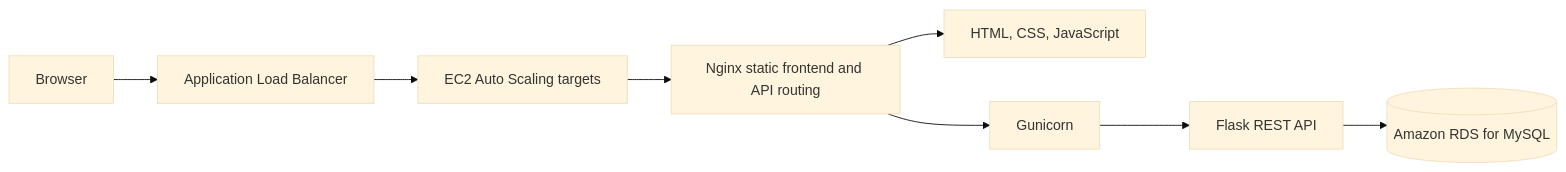
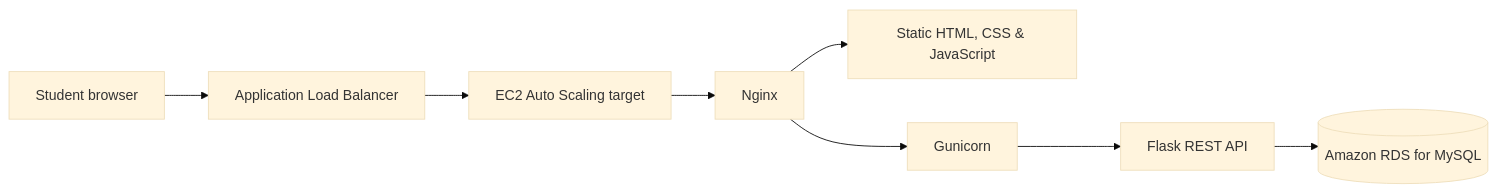
The diagram in README.md (hemanthg-10/student-task-manager-aws), drawn with Mermaid (base theme) before and after one commit. The commit also changed other lines of this file and 4 other files, not shown here.

````diff
--- a/README.md
+++ b/README.md
@@ -37,10 +27,10 @@
 ```mermaid
 flowchart LR
-    Browser --> ALB[Application Load Balancer]
-    ALB --> EC2[EC2 Auto Scaling targets]
-    EC2 --> Nginx[Nginx static frontend and API routing]
-    Nginx --> UI[HTML, CSS, JavaScript]
-    Nginx --> Gunicorn[Gunicorn]
-    Gunicorn --> Flask[Flask REST API]
-    Flask --> RDS[(Amazon RDS for MySQL)]
+    U[Student browser] --> ALB[Application Load Balancer]
+    ALB --> EC2[EC2 Auto Scaling target]
+    EC2 --> N[Nginx]
+    N --> FE[Static HTML, CSS & JavaScript]
+    N --> G[Gunicorn]
+    G --> F[Flask REST API]
+    F --> DB[(Amazon RDS for MySQL)]
 ```
````
